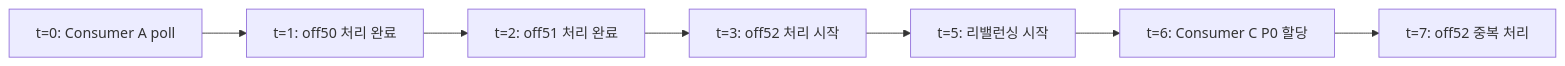
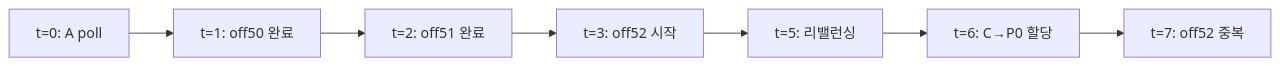
The sixth of 21 diagrams in _posts/kafka/2026-05-01-kafka-extreme-scenarios.md (yjkim2015/yjkim2015.github.io), drawn with Mermaid before and after one commit. The commit also changed other lines of this file and 48 other files, not shown here.

First line of the commit message:
Mermaid 최종 47건 수정: participant/노드/줄수/라벨 전부 기준 이하

````diff
--- a/_posts/kafka/2026-05-01-kafka-extreme-scenarios.md
+++ b/_posts/kafka/2026-05-01-kafka-extreme-scenarios.md
@@ -106,11 +104,11 @@
 ```mermaid
 graph LR
-    T0["t=0: Consumer A poll"]
-    T1["t=1: off50 처리 완료"]
-    T2["t=2: off51 처리 완료"]
-    T3["t=3: off52 처리 시작"]
-    T5["t=5: 리밸런싱 시작"]
-    T6["t=6: Consumer C P0 할당"]
-    T7["t=7: off52 중복 처리"]
+    T0["t=0: A poll"]
+    T1["t=1: off50 완료"]
+    T2["t=2: off51 완료"]
+    T3["t=3: off52 시작"]
+    T5["t=5: 리밸런싱"]
+    T6["t=6: C→P0 할당"]
+    T7["t=7: off52 중복"]
     T0 --> T1 --> T2 --> T3 --> T5 --> T6 --> T7
 ```
````
